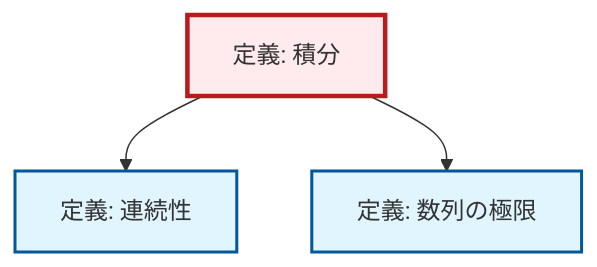
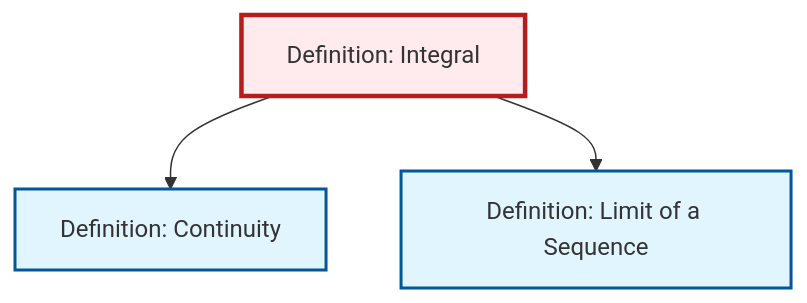
Before and after one commit to RK0429/ModernMath: the diagram in content/ja/analysis/def-integral.qmd, drawn with Mermaid. The commit also changed 203 other files, not shown here.

````diff
--- a/content/ja/analysis/def-integral.qmd
+++ b/content/ja/analysis/def-integral.qmd
@@ -80,18 +80,15 @@
 ```{mermaid}
-%%| fig-cap: "ローカル依存関係グラフ"
+%%| fig-cap: "Local dependency graph"
 graph TD
     classDef definition fill:#e1f5fe,stroke:#01579b,stroke-width:2px
     classDef theorem fill:#f3e5f5,stroke:#4a148c,stroke-width:2px
     classDef axiom fill:#fff3e0,stroke:#e65100,stroke-width:2px
     classDef example fill:#e8f5e9,stroke:#1b5e20,stroke-width:2px
     classDef current fill:#ffebee,stroke:#b71c1c,stroke-width:3px
-    def-limit["定義: 数列の極限"]:::definition
-    def-continuity["定義: 連続性"]:::definition
-    def-integral["定義: 積分"]:::definition
+    def-limit["Definition: Limit of a Sequence"]:::definition
+    def-continuity["Definition: Continuity"]:::definition
+    def-integral["Definition: Integral"]:::definition
     def-integral --> def-continuity
     def-integral --> def-limit
     class def-integral current
-
-    click def-limit "def-limit.html" "Go to 定義: 数列の極限"
-    click def-continuity "def-continuity.html" "Go to 定義: 連続性"
 ```
````
